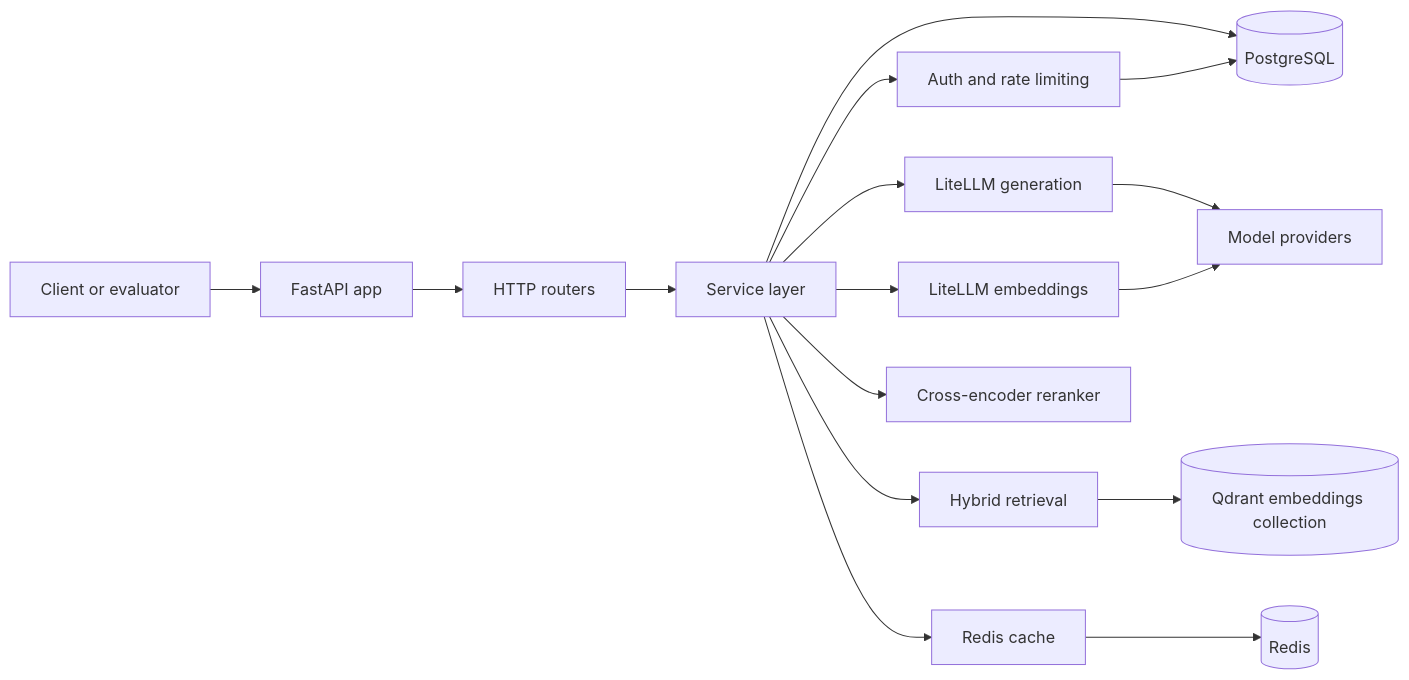
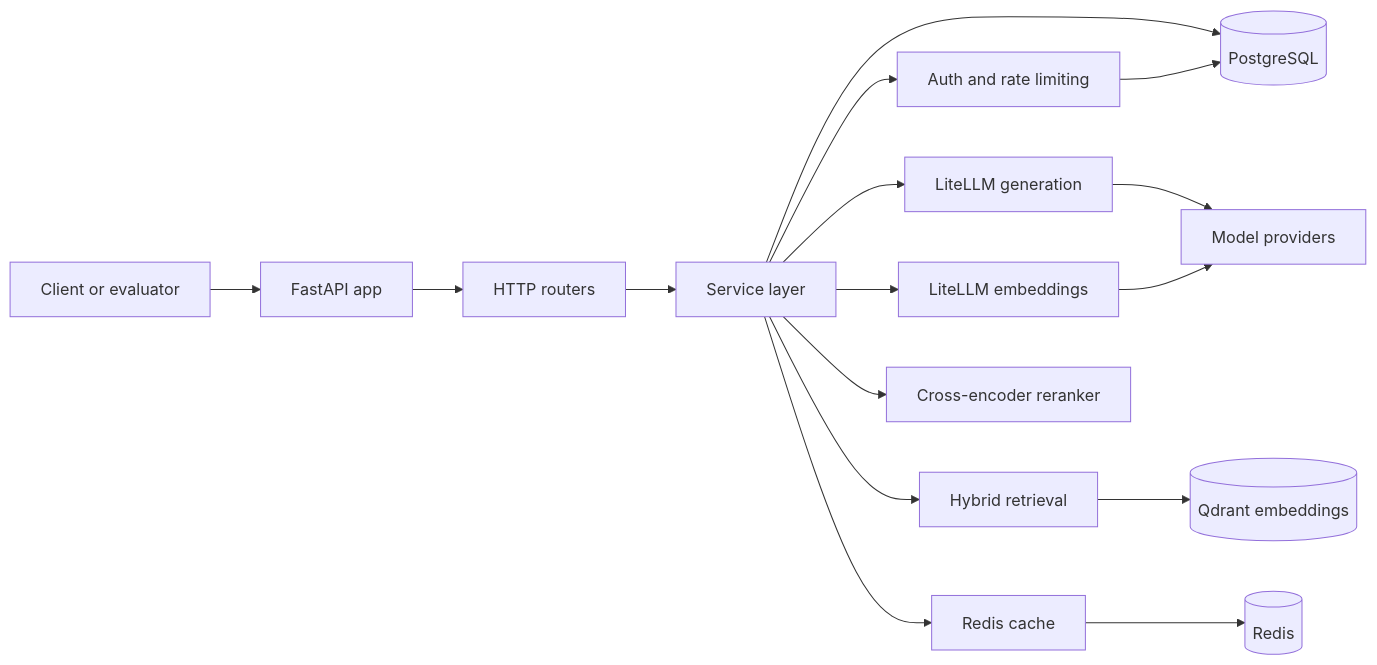
Before and after one commit to abuhurayraniloy/RAGEval: the first of 3 diagrams in README.md, drawn with Mermaid. The commit also changed other lines of this file and 4 other files, not shown here.

````diff
--- a/README.md
+++ b/README.md
@@ -34,20 +153,20 @@
 ```mermaid
 flowchart LR
     Client[Client or evaluator] --> API[FastAPI app]
     API --> Routers[HTTP routers]
     Routers --> Services[Service layer]
 
     Services --> Auth[Auth and rate limiting]
     Services --> Generation[LiteLLM generation]
     Services --> Embeddings[LiteLLM embeddings]
     Services --> Retrieval[Hybrid retrieval]
     Services --> Reranker[Cross-encoder reranker]
     Services --> Cache[Redis cache]
     Services --> DB[(PostgreSQL)]
-    Retrieval --> Qdrant[(Qdrant embeddings collection)]
+    Retrieval --> Qdrant[(Qdrant embeddings)]
 
     Generation --> Providers[Model providers]
     Embeddings --> Providers
     Auth --> DB
     Cache --> Redis[(Redis)]
 ```
````
